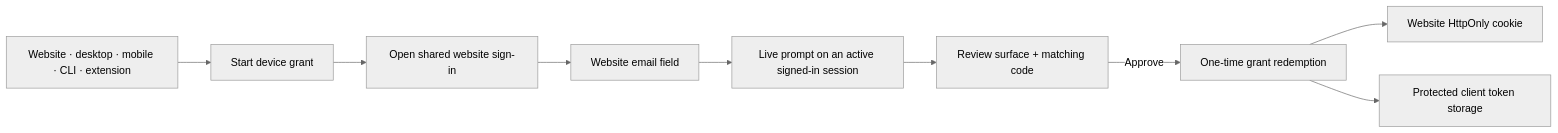
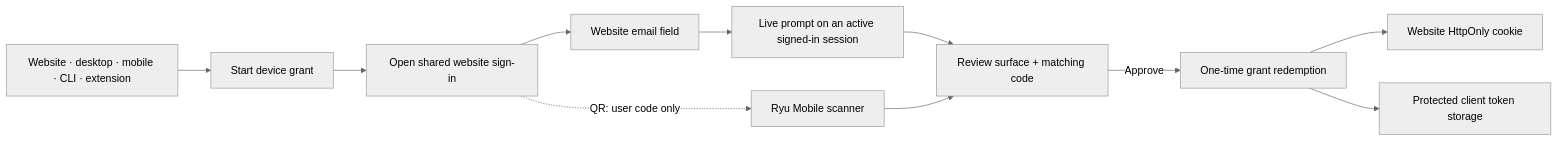
The first of 6 diagrams in content/docs/security/authentication-devices.mdx (amajorai/ryu-docs), drawn with Mermaid (neutral theme) before and after one commit. The commit also changed other lines of this file and 910 other files, not shown here.

````diff
--- a/content/docs/security/authentication-devices.mdx
+++ b/content/docs/security/authentication-devices.mdx
@@ -20,11 +28,13 @@
 ```mermaid
 flowchart LR
   Requester["Website · desktop · mobile · CLI · extension"] --> Start["Start device grant"]
   Start --> Website["Open shared website sign-in"]
   Website --> Email["Website email field"]
   Email --> Prompt["Live prompt on an active signed-in session"]
   Prompt --> Review["Review surface + matching code"]
   Review -->|"Approve"| Redeem["One-time grant redemption"]
   Redeem --> Cookie["Website HttpOnly cookie"]
   Redeem --> Vault["Protected client token storage"]
+  Website -. "QR: user code only" .-> Scan["Ryu Mobile scanner"]
+  Scan --> Review
 ```
````
